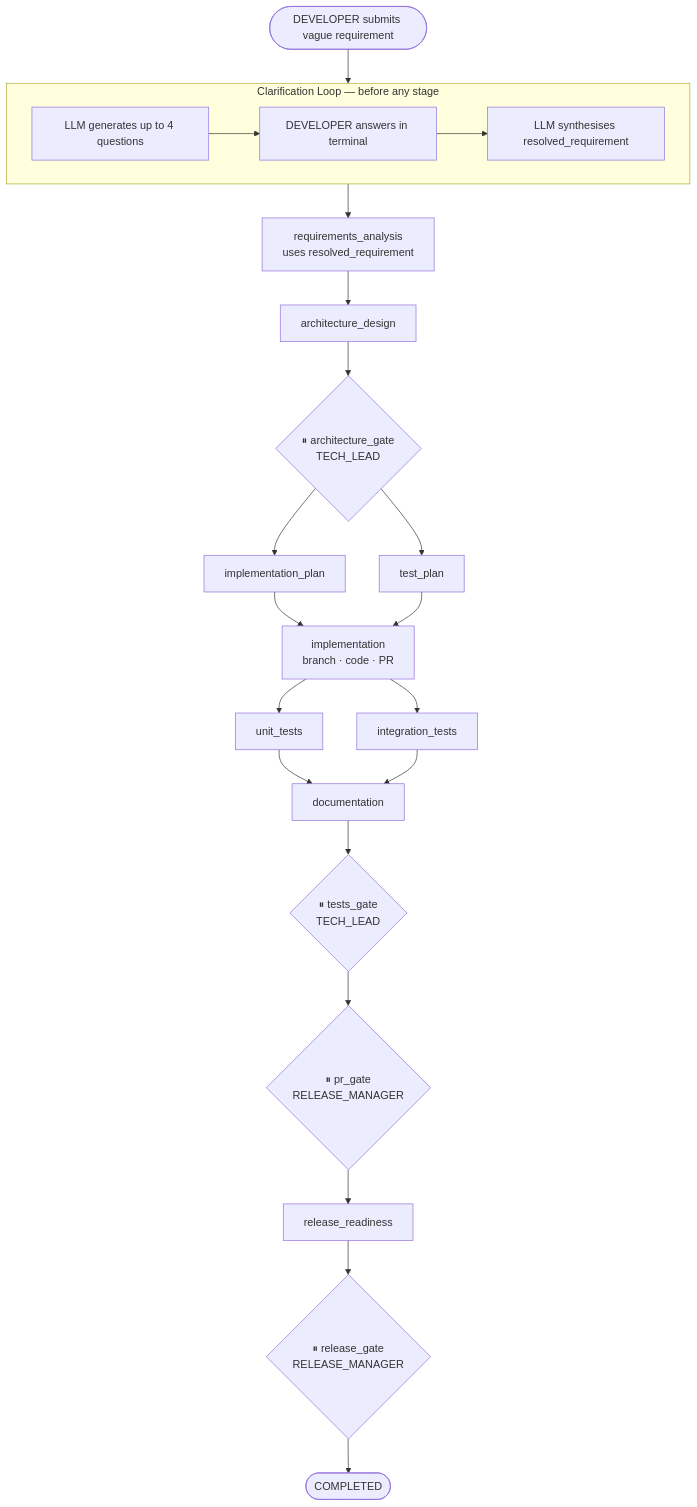
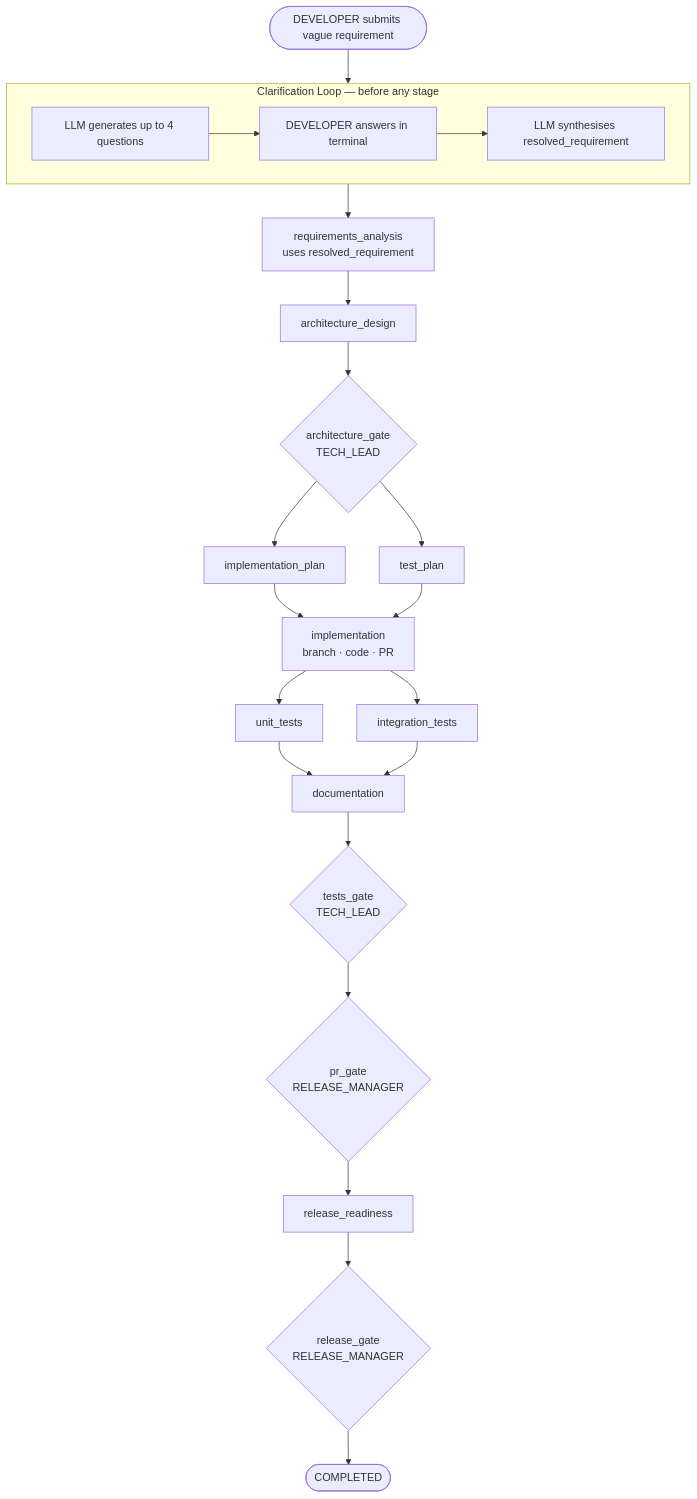
One commit to agentic-dev-projects/url-copilot changed the diagram in docs/scenarios/ambiguous.md. Above: the diagram before and after it, drawn with Mermaid. The commit also changed 5 other files, not shown here.

First line of the commit message:
fix: repair Mermaid diagrams broken on GitHub

````diff
--- a/docs/scenarios/ambiguous.md
+++ b/docs/scenarios/ambiguous.md
@@ -23,24 +23,24 @@
 ```mermaid
 flowchart TD
     SUBMIT([DEVELOPER submits vague requirement]) --> CL
     subgraph CL[Clarification Loop — before any stage]
         Q[LLM generates up to 4 questions] --> A[DEVELOPER answers in terminal]
         A --> R[LLM synthesises resolved_requirement]
     end
-    CL --> RA[requirements_analysis\nuses resolved_requirement]
+    CL --> RA["requirements_analysis<br/>uses resolved_requirement"]
     RA --> AD[architecture_design]
-    AD --> G1{⏸ architecture_gate\nTECH_LEAD}
+    AD --> G1{"architecture_gate<br/>TECH_LEAD"}
     G1 --> IP[implementation_plan]
     G1 --> TP[test_plan]
-    IP --> IMPL[implementation\nbranch · code · PR]
+    IP --> IMPL["implementation<br/>branch · code · PR"]
     TP --> IMPL
     IMPL --> UT[unit_tests]
     IMPL --> IT[integration_tests]
     UT --> DOC[documentation]
     IT --> DOC
-    DOC --> G2{⏸ tests_gate\nTECH_LEAD}
-    G2 --> G3{⏸ pr_gate\nRELEASE_MANAGER}
+    DOC --> G2{"tests_gate<br/>TECH_LEAD"}
+    G2 --> G3{"pr_gate<br/>RELEASE_MANAGER"}
     G3 --> RR[release_readiness]
-    RR --> G4{⏸ release_gate\nRELEASE_MANAGER}
+    RR --> G4{"release_gate<br/>RELEASE_MANAGER"}
     G4 --> DONE([COMPLETED])
 ```
````
